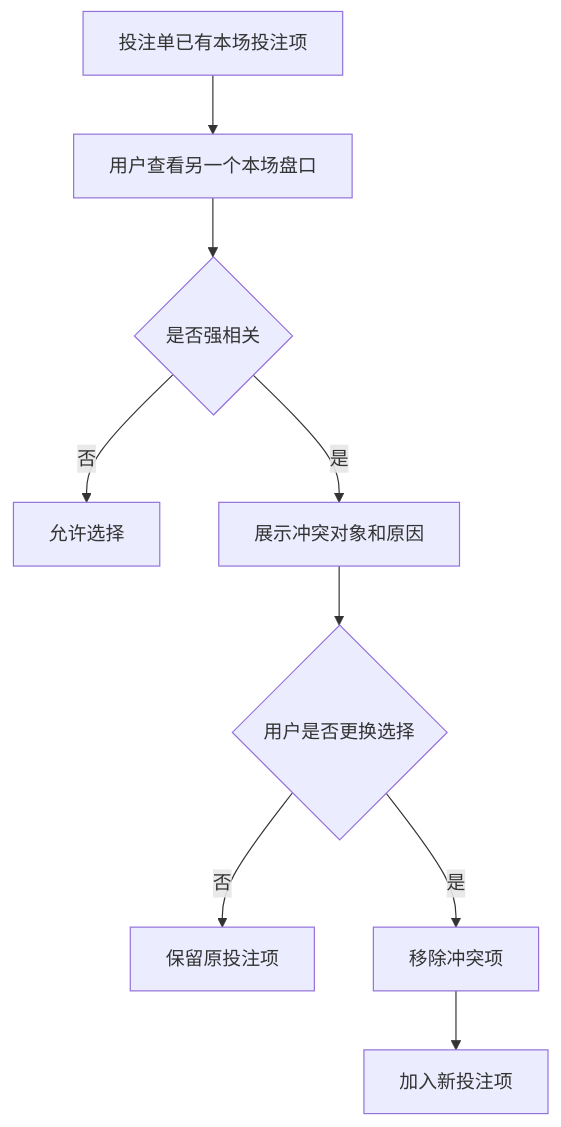
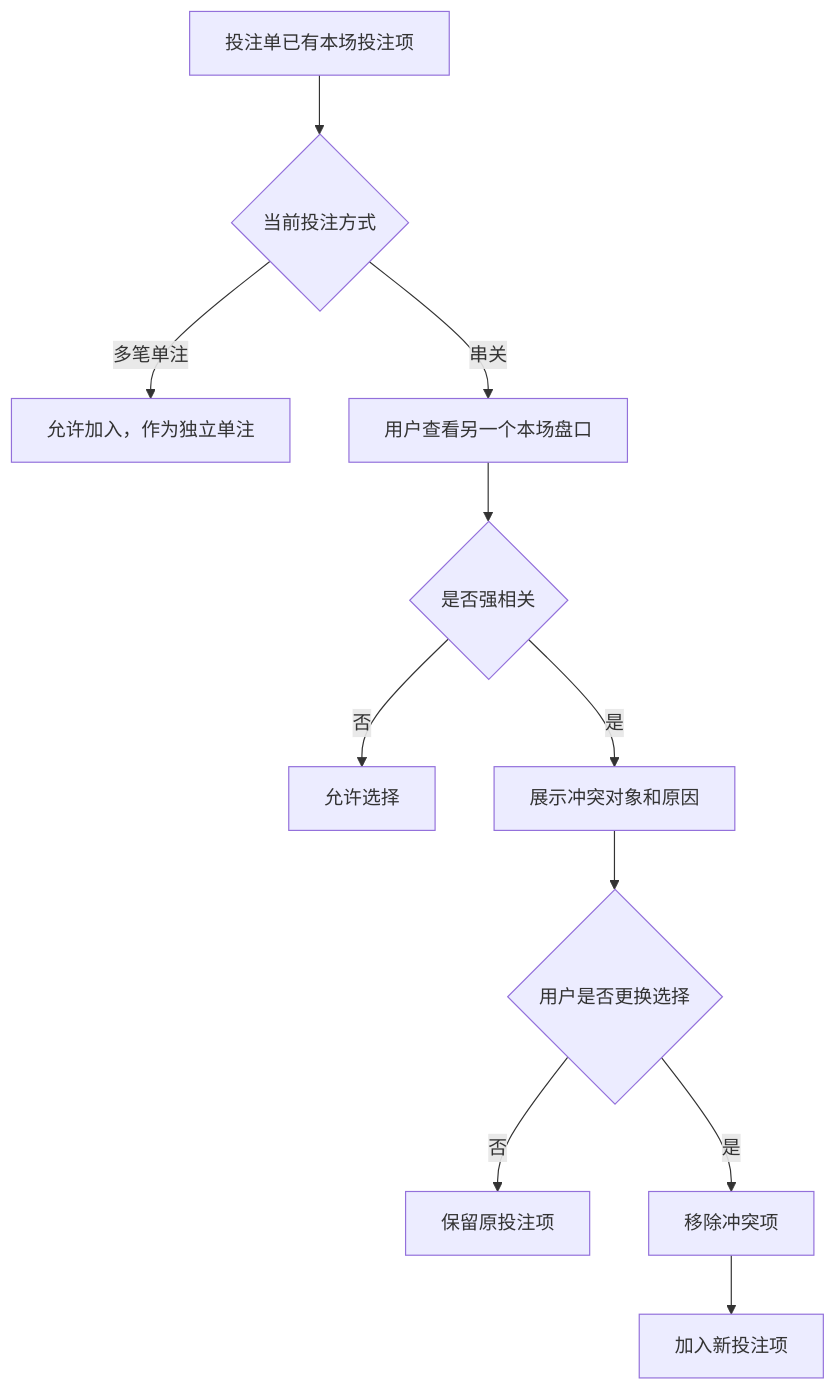
One commit to Errance/TurboFlow changed the second of 6 diagrams in Stake足球盘口研究/04_正式产品文档/TurboFlow足球盘口产品需求文档_v4.3.md. Above: the diagram before and after it, drawn with Mermaid. The commit also changed other lines of this file and 10 other files, not shown here.

````diff
--- a/Stake足球盘口研究/04_正式产品文档/TurboFlow足球盘口产品需求文档_v4.3.md
+++ b/Stake足球盘口研究/04_正式产品文档/TurboFlow足球盘口产品需求文档_v4.3.md
@@ -160,11 +158,13 @@
 ```mermaid
 flowchart TD
-  existingSelection[投注单已有本场投注项] --> newMarket[用户查看另一个本场盘口]
+  existingSelection[投注单已有本场投注项] --> betMode{当前投注方式}
+  betMode -->|"多笔单注"| allowIndependent[允许加入，作为独立单注]
+  betMode -->|"串关"| newMarket[用户查看另一个本场盘口]
   newMarket --> relationCheck{是否强相关}
   relationCheck -->|"否"| allowSelect[允许选择]
   relationCheck -->|"是"| showConflict[展示冲突对象和原因]
   showConflict --> userDecision{用户是否更换选择}
   userDecision -->|"否"| keepOriginal[保留原投注项]
   userDecision -->|"是"| removeOld[移除冲突项]
   removeOld --> addNew[加入新投注项]
 ```
````
